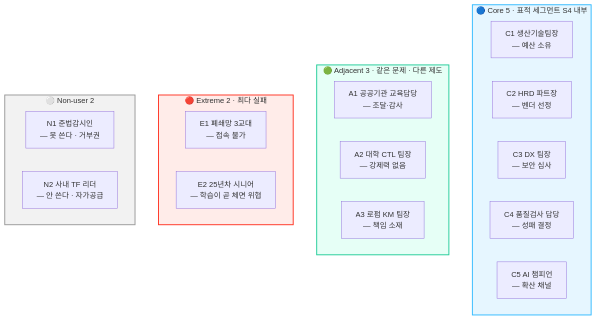
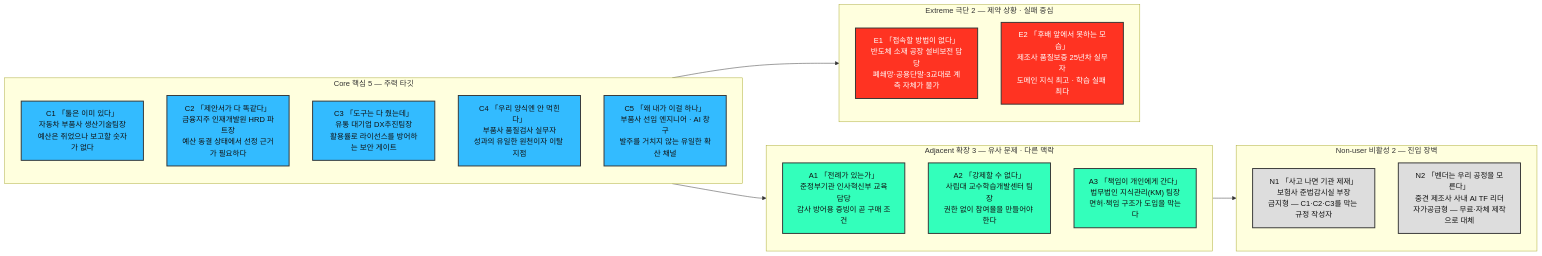
One commit to happai079/business-research-kokjip changed the second of 3 diagrams in 05-persona-spectrum-journey-map/case-01-persona-spectrum.md. Above: the diagram before and after it, drawn with Mermaid. The commit also changed other lines of this file, not shown here.

Commit message:
docs(ch05): rebuild the placement chart in the supplied 4-column form
Adopts the format from the reference example: graph LR with direction TB
per subgraph so the four spectrum types read as columns, each node carrying
three lines — the sentence in that person's head in 「」, their org and role,
and the one line that defines them — with classDef coloring the nodes
rather than the subgraph fills.

Writing the signature phrase per persona forced each one to justify itself
in a single quote, which exposed that three of the five core personas sit
inside the same company profile. That bias is now stated under the chart
and linked to the stage-2 selection criteria instead of being buried in the
closing notes.

````diff
--- a/05-persona-spectrum-journey-map/case-01-persona-spectrum.md
+++ b/05-persona-spectrum-journey-map/case-01-persona-spectrum.md
@@ -216,31 +218,43 @@
 ```mermaid
-graph TB
-    subgraph CORE["🔵 Core 5 · 표적 세그먼트 S4 내부"]
-        C1["C1 생산기술팀장<br/>― 예산 소유"]
-        C2["C2 HRD 파트장<br/>― 벤더 선정"]
-        C3["C3 DX 팀장<br/>― 보안 심사"]
-        C4["C4 품질검사 담당<br/>― 성패 결정"]
-        C5["C5 AI 챔피언<br/>― 확산 채널"]
+graph LR
+    subgraph CORE["Core 핵심 5 — 주력 타깃"]
+        direction TB
+        C1["C1 「툴은 이미 있다」<br>자동차 부품사 생산기술팀장<br>예산은 쥐었으나 보고할 숫자가 없다"]
+        C2["C2 「제안서가 다 똑같다」<br>금융지주 인재개발원 HRD 파트장<br>예산 동결 상태에서 선정 근거가 필요하다"]
+        C3["C3 「도구는 다 줬는데」<br>유통 대기업 DX추진팀장<br>활용률로 라이선스를 방어하는 보안 게이트"]
+        C4["C4 「우리 양식엔 안 먹힌다」<br>부품사 품질검사 실무자<br>성과의 유일한 원천이자 이탈 지점"]
+        C5["C5 「왜 내가 이걸 하나」<br>부품사 선임 엔지니어 · AI 창구<br>발주를 거치지 않는 유일한 확산 채널"]
     end
 
-    subgraph ADJ["🟢 Adjacent 3 · 같은 문제 · 다른 제도"]
-        A1["A1 공공기관 교육담당<br/>― 조달·감사"]
-        A2["A2 대학 CTL 팀장<br/>― 강제력 없음"]
-        A3["A3 로펌 KM 팀장<br/>― 책임 소재"]
+    subgraph ADJ["Adjacent 확장 3 — 유사 문제 · 다른 맥락"]
+        direction TB
+        A1["A1 「전례가 있는가」<br>준정부기관 인사혁신부 교육담당<br>감사 방어용 증빙이 곧 구매 조건"]
+        A2["A2 「강제할 수 없다」<br>사립대 교수학습개발센터 팀장<br>권한 없이 참여율을 만들어야 한다"]
+        A3["A3 「책임이 개인에게 간다」<br>법무법인 지식관리(KM) 팀장<br>면허·책임 구조가 도입을 막는다"]
     end
 
-    subgraph EXT["🔴 Extreme 2 · 최다 실패"]
-        E1["E1 폐쇄망 3교대<br/>― 접속 불가"]
-        E2["E2 25년차 시니어<br/>― 학습이 곧 체면 위협"]
+    subgraph EXT["Extreme 극단 2 — 제약 상황 · 실패 중심"]
+        direction TB
+        E1["E1 「접속할 방법이 없다」<br>반도체 소재 공장 설비보전 담당<br>폐쇄망·공용단말·3교대로 계측 자체가 불가"]
+        E2["E2 「후배 앞에서 못하는 모습」<br>제조사 품질보증 25년차 실무자<br>도메인 지식 최고 · 학습 실패 최다"]
     end
 
-    subgraph NON["⚪ Non-user 2"]
-        N1["N1 준법감시인<br/>― 못 쓴다 · 거부권"]
-        N2["N2 사내 TF 리더<br/>― 안 쓴다 · 자가공급"]
+    subgraph NON["Non-user 비활성 2 — 진입 장벽"]
+        direction TB
+        N1["N1 「사고 나면 기관 제재」<br>보험사 준법감시실 부장<br>금지형 — C1·C2·C3를 막는 규정 작성자"]
+        N2["N2 「벤더는 우리 공정을 모른다」<br>중견 제조사 사내 AI TF 리더<br>자가공급형 — 무료·자체 제작으로 대체"]
     end
 
-    style CORE fill:#e6f6ff,stroke:#33BBFF,stroke-width:2px
-    style ADJ fill:#e6fff6,stroke:#22CC99,stroke-width:2px
-    style EXT fill:#ffece9,stroke:#FF3322,stroke-width:2px
-    style NON fill:#f2f2f2,stroke:#999,stroke-width:2px
+    CORE --> ADJ
+    CORE --> EXT
+    ADJ --> NON
+
+    classDef core fill:#33BBFF,stroke:#333,stroke-width:2px,color:#111;
+    classDef adj fill:#33FFBB,stroke:#333,stroke-width:2px,color:#111;
+    classDef ext fill:#FF3322,stroke:#333,stroke-width:2px,color:#fff;
+    classDef non fill:#DDDDDD,stroke:#333,stroke-width:2px,color:#111;
+    class C1,C2,C3,C4,C5 core;
+    class A1,A2,A3 adj;
+    class E1,E2 ext;
+    class N1,N2 non;
 ```
````
